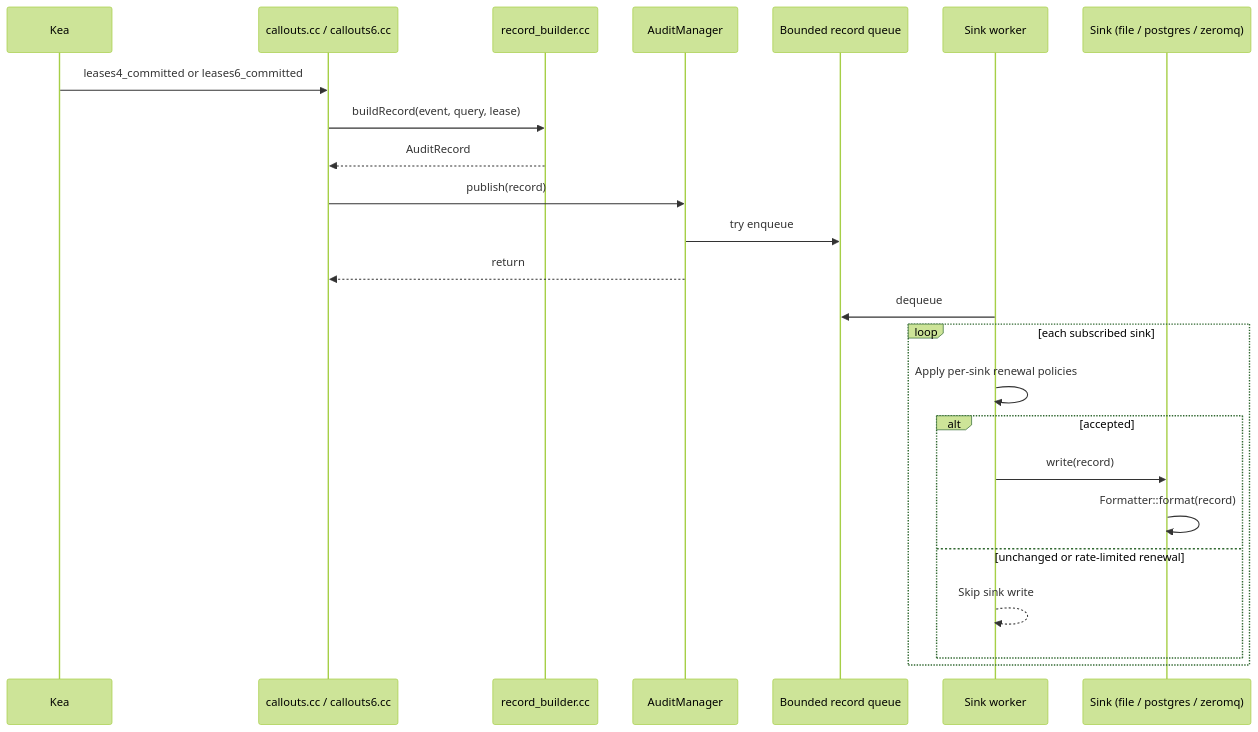
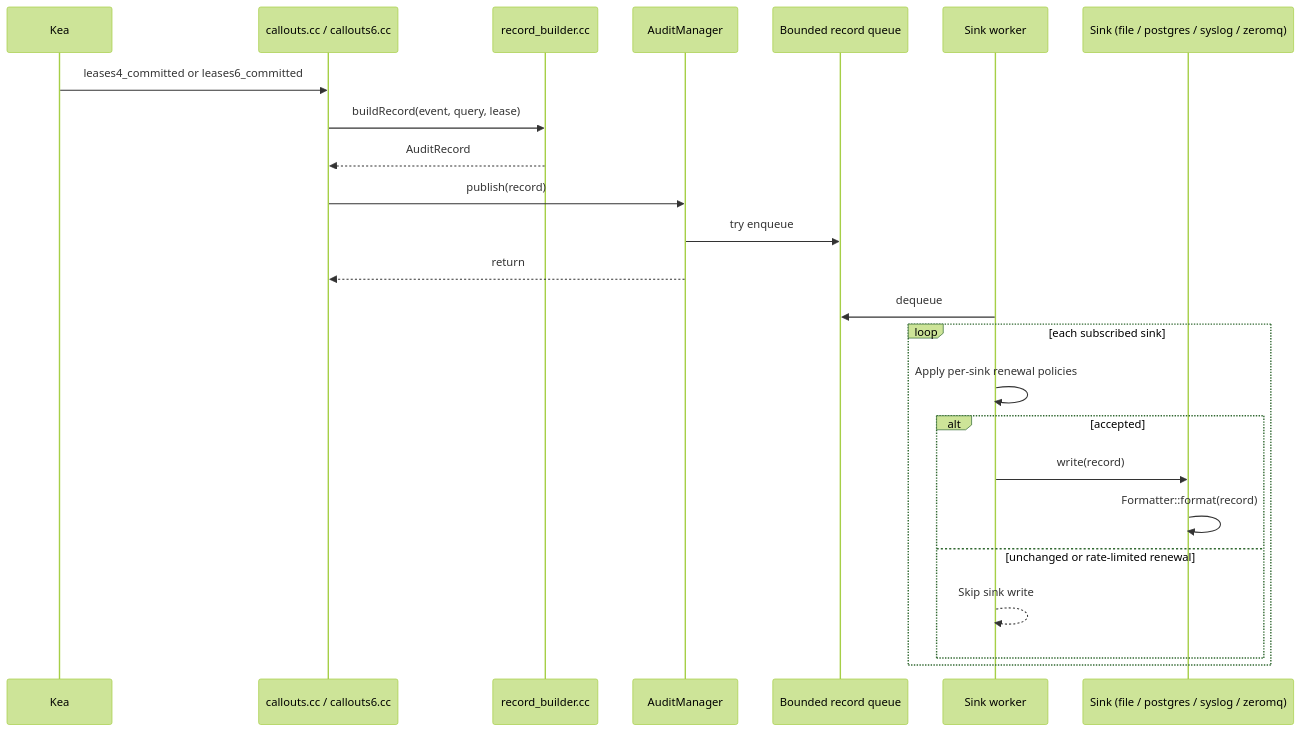
One commit to solvationab/KeaLogHook changed the first of 2 diagrams in docs/architecture.md. Above: the diagram before and after it, drawn with Mermaid (forest theme). The commit also changed other lines of this file and 2 other files, not shown here.

Commit message:
Update documentation to include syslog sink; enhance CLI tools section and clarify sink options

````diff
--- a/docs/architecture.md
+++ b/docs/architecture.md
@@ -9,27 +9,27 @@
 ```mermaid
 sequenceDiagram
     participant Kea
     participant Callout as callouts.cc / callouts6.cc
     participant Builder as record_builder.cc
     participant Mgr as AuditManager
     participant Queue as Bounded record queue
     participant Worker as Sink worker
-    participant Sink as Sink (file / postgres / zeromq)
+    participant Sink as Sink (file / postgres / syslog / zeromq)
 
   Kea->>Callout: leases4_committed or leases6_committed
     Callout->>Builder: buildRecord(event, query, lease)
     Builder-->>Callout: AuditRecord
     Callout->>Mgr: publish(record)
     Mgr->>Queue: try enqueue
     Mgr-->>Callout: return
     Worker->>Queue: dequeue
     loop each subscribed sink
       Worker->>Worker: Apply per-sink renewal policies
       alt accepted
       Worker->>Sink: write(record)
         Sink->>Sink: Formatter::format(record)
       else unchanged or rate-limited renewal
         Worker-->>Worker: Skip sink write
       end
     end
 ```
````
